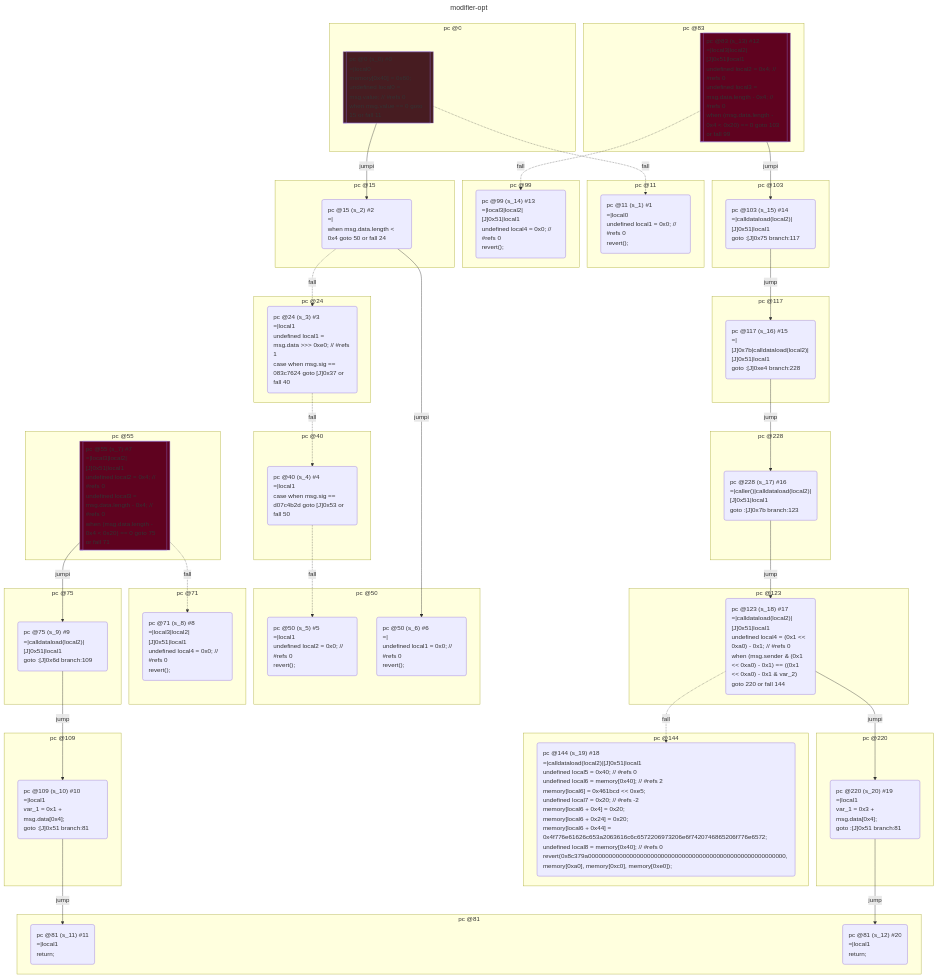
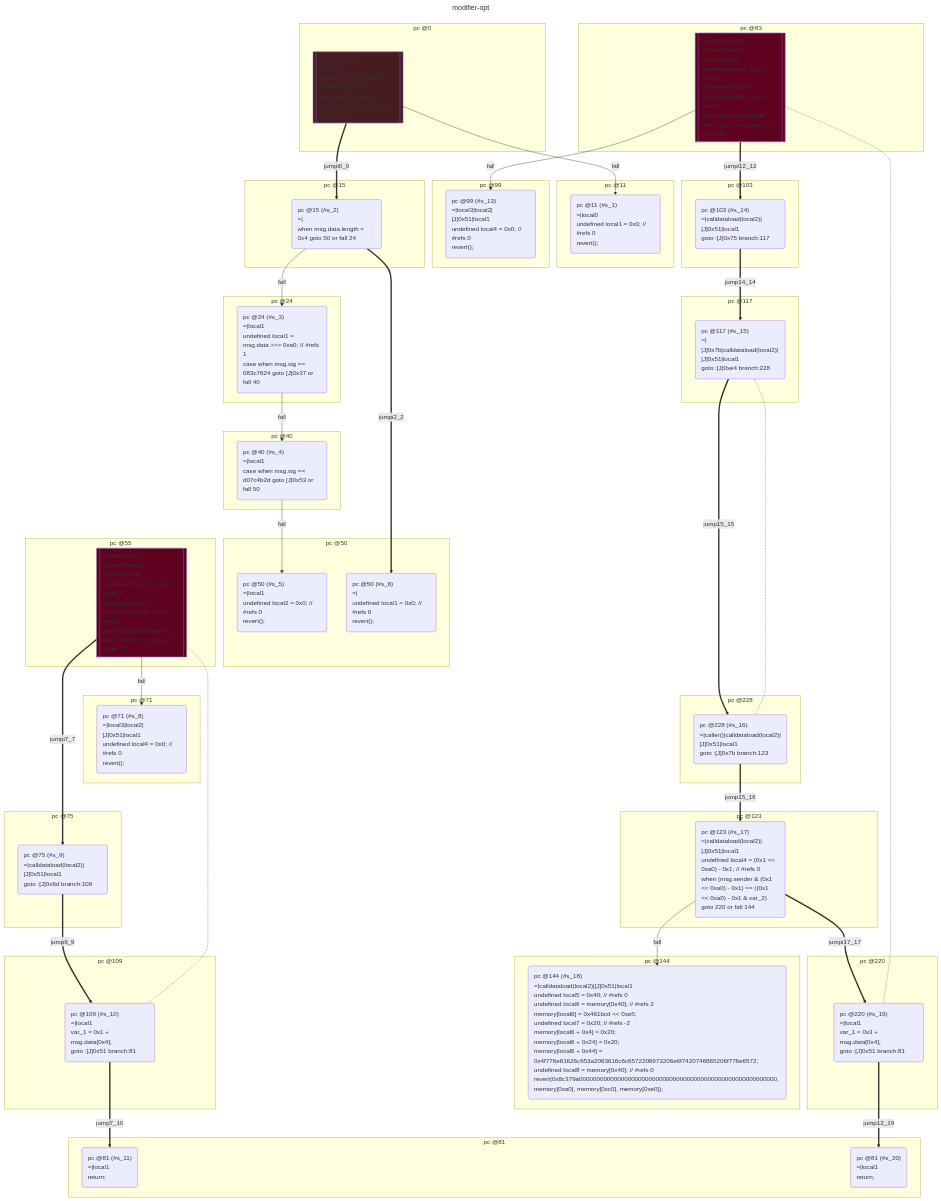
Before and after one commit to acuarica/evm: the second of 2 diagrams in test/__snapshots__/contracts/control/modifier.snap.md, drawn with Mermaid. The commit also changed other lines of this file and 25 other files, not shown here.

````diff
--- a/test/__snapshots__/contracts/control/modifier.snap.md
+++ b/test/__snapshots__/contracts/control/modifier.snap.md
@@ -396,7 +399,7 @@
 flowchart TD
   classDef state text-align:left
   subgraph cluster_0 ["pc @0"]
-    s_0[["pc @0 (s_0) #0
+    s_0[["pc @0 (#s_0)
 =|local0
 memory[0x40] = 0x80;
 undefined local0 = msg.value; // #refs 0
@@ -406,7 +409,7 @@
     style s_0 fill:#471C21
   end
   subgraph cluster_11 ["pc @11"]
-    s_1("pc @11 (s_1) #1
+    s_1("pc @11 (#s_1)
 =|local0
 undefined local1 = 0x0; // #refs 0
 revert();
@@ -414,14 +417,14 @@
     class s_1 state
   end
   subgraph cluster_15 ["pc @15"]
-    s_2("pc @15 (s_2) #2
+    s_2("pc @15 (#s_2)
 =|
 when msg.data.length < 0x4 goto 50 or fall 24
 ")
     class s_2 state
   end
   subgraph cluster_24 ["pc @24"]
-    s_3("pc @24 (s_3) #3
+    s_3("pc @24 (#s_3)
 =|local1
 undefined local1 = msg.data >>> 0xe0; // #refs 1
 case when msg.sig == 083c7624 goto [J]0x37 or fall 40
@@ -429,20 +432,20 @@
     class s_3 state
   end
   subgraph cluster_40 ["pc @40"]
-    s_4("pc @40 (s_4) #4
+    s_4("pc @40 (#s_4)
 =|local1
 case when msg.sig == d07c4b2d goto [J]0x53 or fall 50
 ")
     class s_4 state
   end
   subgraph cluster_50 ["pc @50"]
-    s_5("pc @50 (s_5) #5
+    s_5("pc @50 (#s_5)
 =|local1
 undefined local2 = 0x0; // #refs 0
 revert();
 ")
     class s_5 state
-    s_6("pc @50 (s_6) #6
+    s_6("pc @50 (#s_6)
 =|
 undefined local1 = 0x0; // #refs 0
 revert();
@@ -450,7 +453,7 @@
     class s_6 state
   end
   subgraph cluster_55 ["pc @55"]
-    s_7[["pc @55 (s_7) #7
+    s_7[["pc @55 (#s_7)
 =|local3|local2|[J]0x51|local1
 undefined local2 = 0x4; // #refs 0
 undefined local3 = msg.data.length - 0x4; // #refs 0
@@ -460,7 +463,7 @@
     style s_7 fill:#5F021F
   end
   subgraph cluster_71 ["pc @71"]
-    s_8("pc @71 (s_8) #8
+    s_8("pc @71 (#s_8)
 =|local3|local2|[J]0x51|local1
 undefined local4 = 0x0; // #refs 0
 revert();
@@ -468,14 +471,14 @@
     class s_8 state
   end
   subgraph cluster_75 ["pc @75"]
-    s_9("pc @75 (s_9) #9
+    s_9("pc @75 (#s_9)
 =|calldataload(local2)|[J]0x51|local1
 goto :[J]0x6d branch:109
 ")
     class s_9 state
   end
   subgraph cluster_109 ["pc @109"]
-    s_10("pc @109 (s_10) #10
+    s_10("pc @109 (#s_10)
 =|local1
 var_1 = 0x1 + msg.data[0x4];
 goto :[J]0x51 branch:81
@@ -483,66 +486,66 @@
     class s_10 state
   end
   subgraph cluster_81 ["pc @81"]
-    s_11("pc @81 (s_11) #11
+    s_11("pc @81 (#s_11)
 =|local1
 return;
 ")
     class s_11 state
-    s_12("pc @81 (s_12) #20
+    s_20("pc @81 (#s_20)
 =|local1
 return;
 ")
-    class s_12 state
+    class s_20 state
   end
   subgraph cluster_83 ["pc @83"]
-    s_13[["pc @83 (s_13) #12
+    s_12[["pc @83 (#s_12)
 =|local3|local2|[J]0x51|local1
 undefined local2 = 0x4; // #refs 0
 undefined local3 = msg.data.length - 0x4; // #refs 0
 when (msg.data.length - 0x4 < 0x20) == 0 goto 103 or fall 99
 "]]
-    class s_13 state
-    style s_13 fill:#5F021F
+    class s_12 state
+    style s_12 fill:#5F021F
   end
   subgraph cluster_99 ["pc @99"]
-    s_14("pc @99 (s_14) #13
+    s_13("pc @99 (#s_13)
 =|local3|local2|[J]0x51|local1
 undefined local4 = 0x0; // #refs 0
 revert();
 ")
-    class s_14 state
+    class s_13 state
   end
   subgraph cluster_103 ["pc @103"]
-    s_15("pc @103 (s_15) #14
+    s_14("pc @103 (#s_14)
 =|calldataload(local2)|[J]0x51|local1
 goto :[J]0x75 branch:117
 ")
-    class s_15 state
+    class s_14 state
   end
   subgraph cluster_117 ["pc @117"]
-    s_16("pc @117 (s_16) #15
+    s_15("pc @117 (#s_15)
 =|[J]0x7b|calldataload(local2)|[J]0x51|local1
 goto :[J]0xe4 branch:228
 ")
-    class s_16 state
+    class s_15 state
   end
   subgraph cluster_228 ["pc @228"]
-    s_17("pc @228 (s_17) #16
+    s_16("pc @228 (#s_16)
 =|caller()|calldataload(local2)|[J]0x51|local1
 goto :[J]0x7b branch:123
 ")
-    class s_17 state
+    class s_16 state
   end
   subgraph cluster_123 ["pc @123"]
-    s_18("pc @123 (s_18) #17
+    s_17("pc @123 (#s_17)
 =|calldataload(local2)|[J]0x51|local1
 undefined local4 = (0x1 << 0xa0) - 0x1; // #refs 0
 when (msg.sender & (0x1 << 0xa0) - 0x1) == ((0x1 << 0xa0) - 0x1 & var_2) goto 220 or fall 144
 ")
-    class s_18 state
+    class s_17 state
   end
   subgraph cluster_144 ["pc @144"]
-    s_19("pc @144 (s_19) #18
+    s_18("pc @144 (#s_18)
 =|calldataload(local2)|[J]0x51|local1
 undefined local5 = 0x40; // #refs 0
 undefined local6 = memory[0x40]; // #refs 2
@@ -554,33 +557,36 @@
 undefined local8 = memory[0x40]; // #refs 0
 revert(0x8c379a000000000000000000000000000000000000000000000000000000000, memory[0xa0], memory[0xc0], memory[0xe0]);
 ")
-    class s_19 state
+    class s_18 state
   end
   subgraph cluster_220 ["pc @220"]
-    s_20("pc @220 (s_20) #19
+    s_19("pc @220 (#s_19)
 =|local1
 var_1 = 0x3 + msg.data[0x4];
 goto :[J]0x51 branch:81
 ")
-    class s_20 state
+    class s_19 state
   end
-  s_0 -- jumpi --> s_2;
-  s_0 -. fall .-> s_1;
-  s_2 -- jumpi --> s_6;
-  s_2 -. fall .-> s_3;
-  s_3 -. fall .-> s_4;
-  s_4 -. fall .-> s_5;
-  s_7 -- jumpi --> s_9;
-  s_7 -. fall .-> s_8;
-  s_9 -- jump --> s_10;
-  s_10 -- jump --> s_11;
-  s_13 -- jumpi --> s_15;
-  s_13 -. fall .-> s_14;
-  s_15 -- jump --> s_16;
-  s_16 -- jump --> s_17;
-  s_17 -- jump --> s_18;
-  s_18 -- jumpi --> s_20;
-  s_18 -. fall .-> s_19;
-  s_20 -- jump --> s_12;
+  s_0 == jumpi0_0 ==> s_2;
+  s_0 -- fall --> s_1;
+  s_2 == jumpi2_2 ==> s_6;
+  s_2 -- fall --> s_3;
+  s_3 -- fall --> s_4;
+  s_4 -- fall --> s_5;
+  s_7 == jumpi7_7 ==> s_9;
+  s_7 -- fall --> s_8;
+  s_9 == jump9_9 ==> s_10;
+  s_10 == jump7_10 ==> s_11;
+  s_7 -...- s_10;
+  s_12 == jumpi12_12 ==> s_14;
+  s_12 -- fall --> s_13;
+  s_14 == jump14_14 ==> s_15;
+  s_15 == jump15_15 ==> s_16;
+  s_16 == jump15_16 ==> s_17;
+  s_15 -...- s_16;
+  s_17 == jumpi17_17 ==> s_19;
+  s_17 -- fall --> s_18;
+  s_19 == jump12_19 ==> s_20;
+  s_12 -...- s_19;
 
 ```
````
